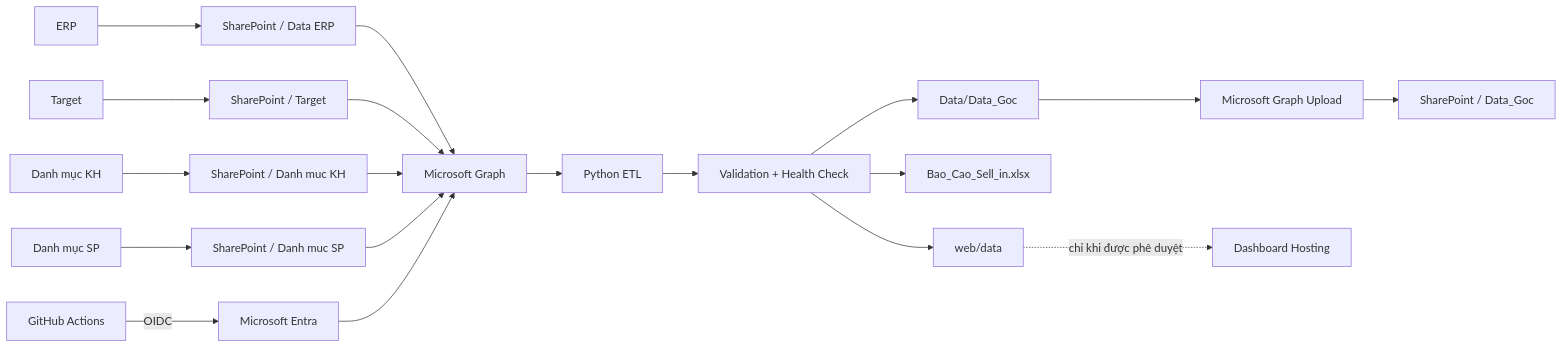
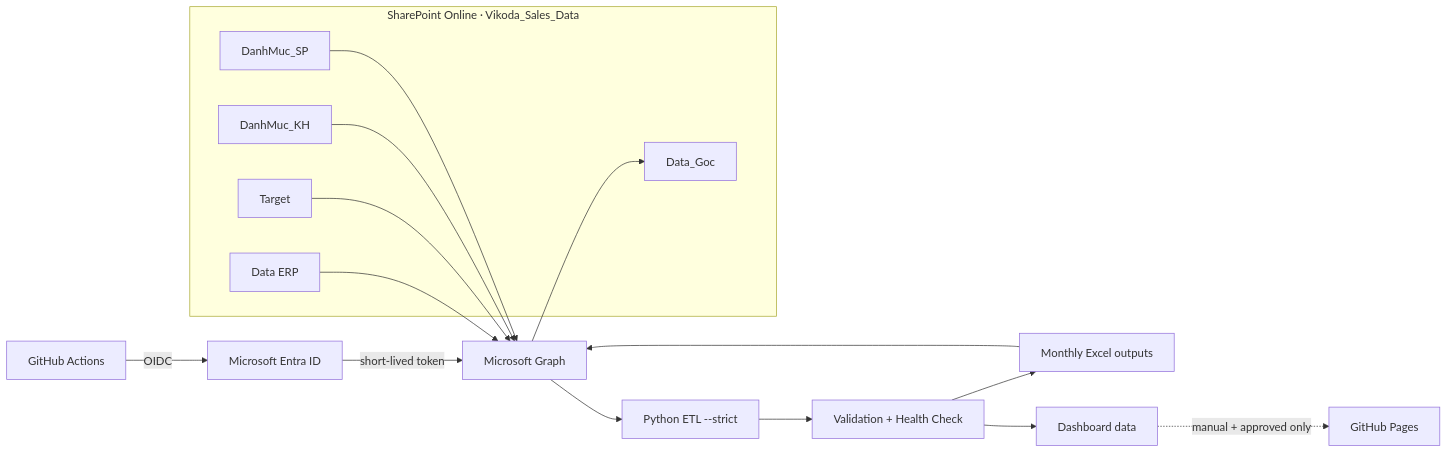
One commit to Huanpro1239/vikoda-sellin-dashboard changed the diagram in README.md. Above: the diagram before and after it, drawn with Mermaid. The commit also changed other lines of this file and 4 other files, not shown here.

````diff
--- a/README.md
+++ b/README.md
@@ -24,24 +36,27 @@
 ```mermaid
 flowchart LR
-    ERP[ERP] --> SP1[SharePoint / Data ERP]
-    TGT[Target] --> SP2[SharePoint / Target]
-    KH[Danh mục KH] --> SP3[SharePoint / Danh muc KH]
-    SP4[Danh mục SP] --> DMSP[SharePoint / Danh muc SP]
+    subgraph SP[SharePoint Online · Vikoda_Sales_Data]
+      ERP[Data ERP]
+      TGT[Target]
+      KH[DanhMuc_KH]
+      SPDM[DanhMuc_SP]
+      OUT[Data_Goc]
+    end
 
-    SP1 --> GRAPH[Microsoft Graph]
-    SP2 --> GRAPH
-    SP3 --> GRAPH
-    DMSP --> GRAPH
+    GH[GitHub Actions] -->|OIDC| ENTRA[Microsoft Entra ID]
+    ENTRA -->|short-lived token| GRAPH[Microsoft Graph]
 
-    GITHUB[GitHub Actions] -->|OIDC| ENTRA[Microsoft Entra]
-    ENTRA --> GRAPH
-    GRAPH --> ETL[Python ETL]
+    ERP --> GRAPH
+    TGT --> GRAPH
+    KH --> GRAPH
+    SPDM --> GRAPH
+
+    GRAPH --> ETL[Python ETL --strict]
     ETL --> QC[Validation + Health Check]
-    QC --> OUT1[Data/Data_Goc]
-    QC --> OUT2[Bao_Cao_Sell_in.xlsx]
-    QC --> WEB[web/data]
-    OUT1 --> GRAPH2[Microsoft Graph Upload]
-    GRAPH2 --> SPG[SharePoint / Data_Goc]
+    QC --> EXCEL[Monthly Excel outputs]
+    QC --> WEB[Dashboard data]
+    EXCEL --> GRAPH
+    GRAPH --> OUT
 
-    WEB -. chỉ khi được phê duyệt .-> PAGES[Dashboard Hosting]
+    WEB -. manual + approved only .-> PAGES[GitHub Pages]
 ```
````
